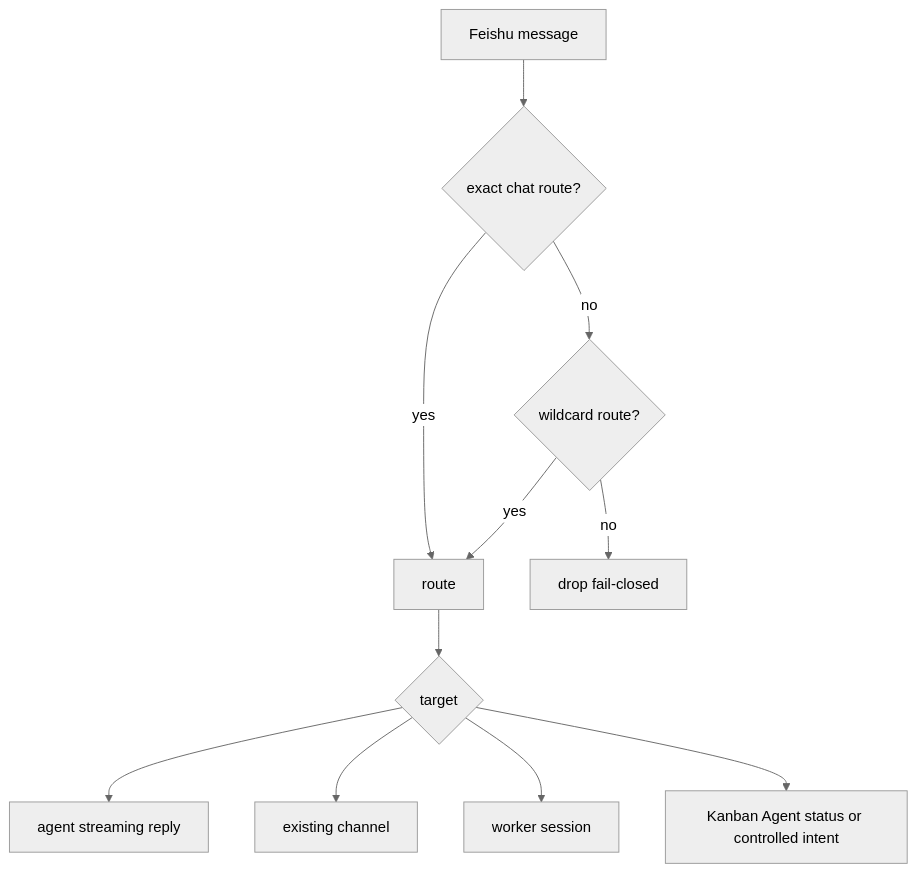
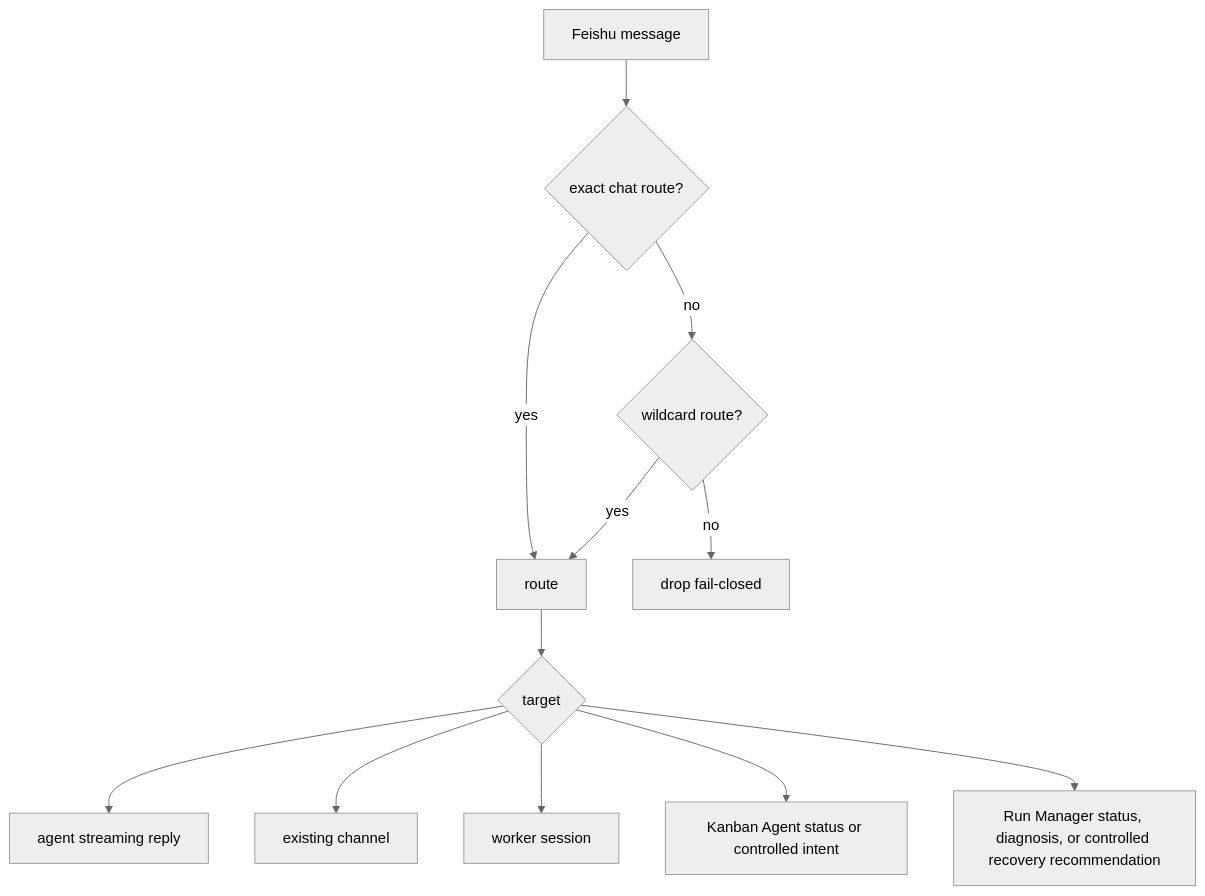
One commit to rzwu-uisee/zaofu-self-issue changed the diagram in docs/manual/19-feishu-ai-native-direct-bridge.en.md. Above: the diagram before and after it, drawn with Mermaid (neutral theme). The commit also changed other lines of this file and 101 other files, not shown here.

````diff
--- a/docs/manual/19-feishu-ai-native-direct-bridge.en.md
+++ b/docs/manual/19-feishu-ai-native-direct-bridge.en.md
@@ -125,13 +142,14 @@
 ```mermaid
 flowchart TD
   M[Feishu message] --> E{exact chat route?}
   E -- yes --> R[route]
   E -- no --> S{wildcard route?}
   S -- yes --> R
   S -- no --> D[drop fail-closed]
   R --> T{target}
   T --> A[agent streaming reply]
   T --> C[existing channel]
   T --> W[worker session]
   T --> K[Kanban Agent status or controlled intent]
+  T --> Rm[Run Manager status, diagnosis, or controlled recovery recommendation]
 ```
````
